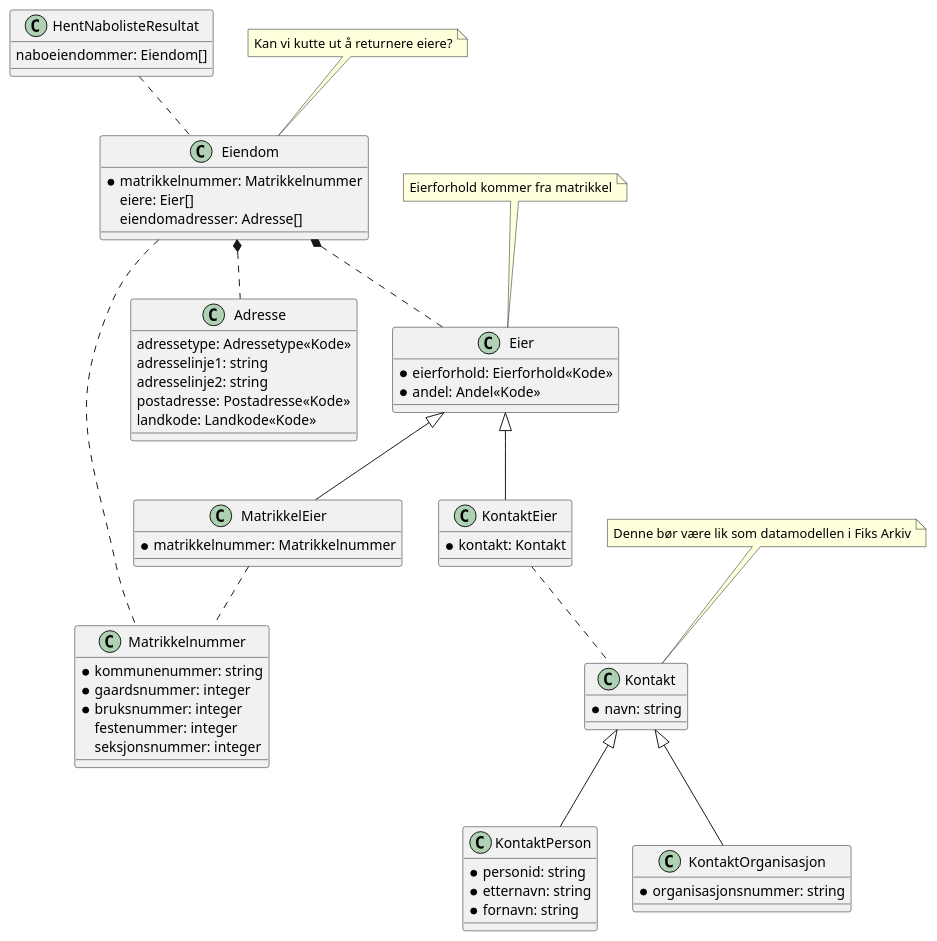
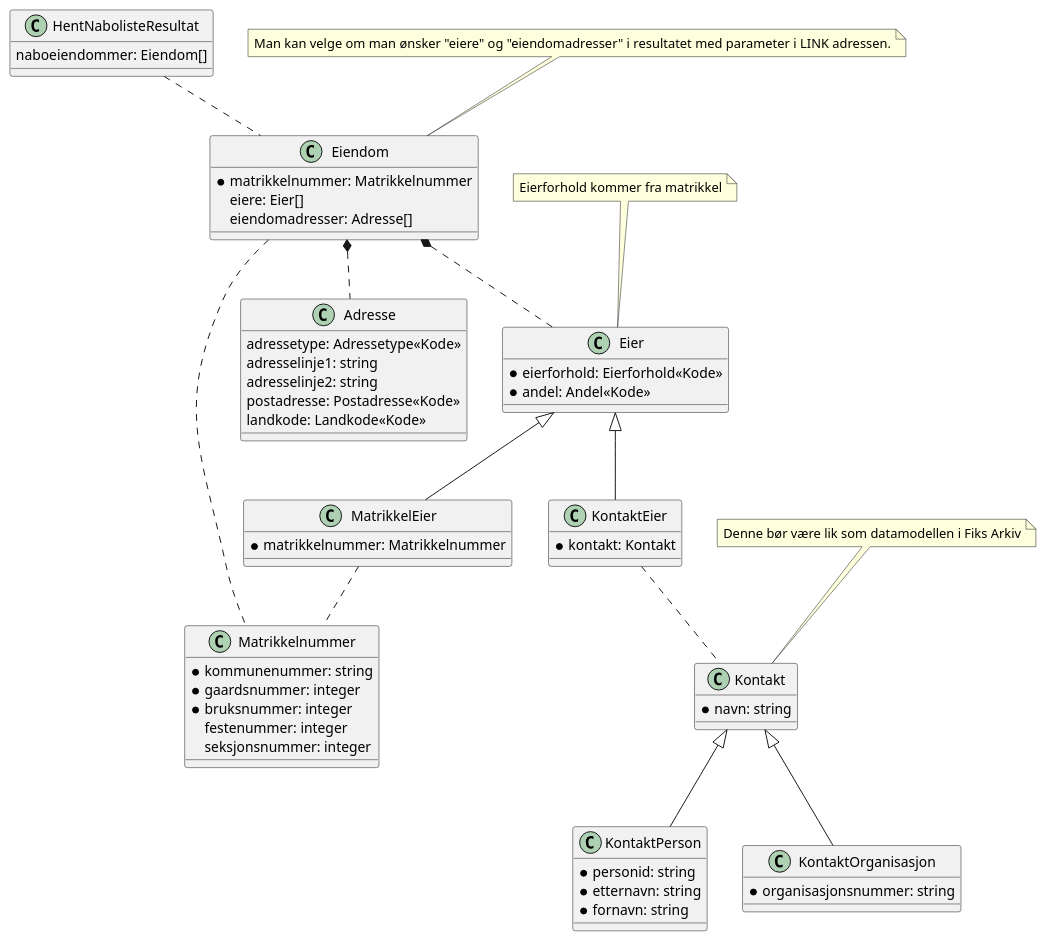
One commit to ks-no/fiks-link-specification changed the diagram in Dokumentasjon/V1/ClassDiagrams/no.ks.fiks.link.v1.innsyn.naboliste.hent.resultat/class-diagram.pu. Above: the diagram before and after it, drawn with PlantUML. The commit also changed 6 other files, not shown here.

```diff
--- a/Dokumentasjon/V1/ClassDiagrams/no.ks.fiks.link.v1.innsyn.naboliste.hent.resultat/class-diagram.pu
+++ b/Dokumentasjon/V1/ClassDiagrams/no.ks.fiks.link.v1.innsyn.naboliste.hent.resultat/class-diagram.pu
@@ -1,80 +1,81 @@
 @startuml
 class HentNabolisteResultat {
     naboeiendommer: Eiendom[]
 }
 
 HentNabolisteResultat .. Eiendom
 
 class Eiendom {
     * matrikkelnummer: Matrikkelnummer
     eiere: Eier[]
     eiendomadresser: Adresse[]
 }
 
-note top of Eiendom : Kan vi kutte ut å returnere eiere?
+note top of Eiendom : Man kan velge om man ønsker "eiere" og "eiendomadresser" i resultatet med parameter i LINK adressen.
+
 
 Eiendom .. Matrikkelnummer
 
 class Matrikkelnummer {
     *kommunenummer: string
     *gaardsnummer: integer
     *bruksnummer: integer
     festenummer: integer
     seksjonsnummer: integer
 }
 
 
 Eiendom *.. Adresse
 Eiendom *.. Eier
 
 class Adresse {
     adressetype: Adressetype<<Kode>>
     adresselinje1: string
     adresselinje2: string
     postadresse: Postadresse<<Kode>>
     landkode: Landkode<<Kode>>
 }
 
 class Eier {
     *eierforhold: Eierforhold<<Kode>>
     *andel: Andel<<Kode>>
 }
 
 note top of Eier : Eierforhold kommer fra matrikkel
 
 class KontaktEier extends Eier
 class MatrikkelEier extends Eier
 
 class KontaktEier {
     *kontakt: Kontakt
 }
 
 KontaktEier .. Kontakt
 
 class MatrikkelEier {
     *matrikkelnummer: Matrikkelnummer
 }
 
 MatrikkelEier .. Matrikkelnummer
 
 class Kontakt {
     *navn: string
 }
 
 note top of Kontakt : Denne bør være lik som datamodellen i Fiks Arkiv
 
 class KontaktPerson {
     *personid: string
     *etternavn: string
     *fornavn: string
 }
 
 
 class KontaktOrganisasjon {
     *organisasjonsnummer: string
 }
 
 class KontaktPerson extends Kontakt
 class KontaktOrganisasjon extends Kontakt
 
 @enduml
```
